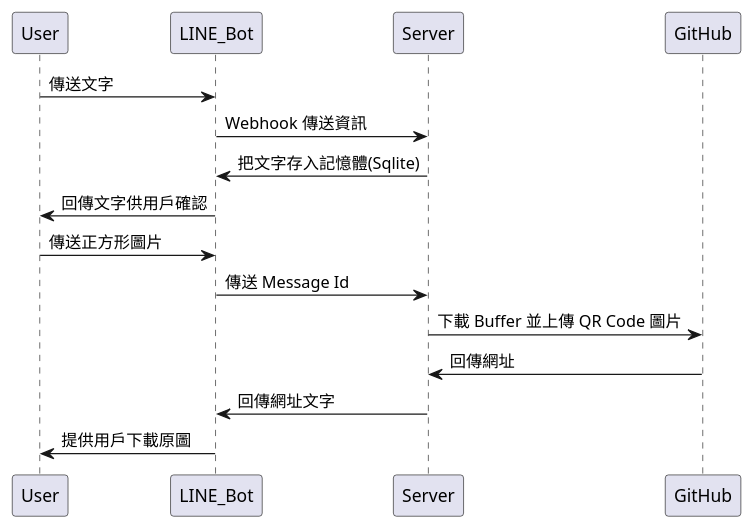
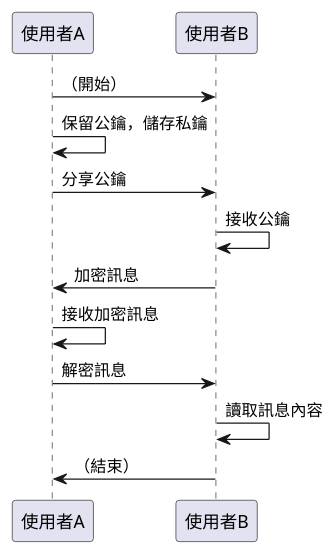
Before and after one commit to louis70109/louis70109.github.io: the diagram in source/diagrams/src/diagrams.wsd, drawn with PlantUML. The commit also changed 1 other file, not shown here.

```diff
--- a/source/diagrams/src/diagrams.wsd
+++ b/source/diagrams/src/diagrams.wsd
@@ -1,13 +1,11 @@
 @startuml
-User ->LINE_Bot: 傳送文字
-LINE_Bot -> Server: Webhook 傳送資訊
-Server -> LINE_Bot: 把文字存入記憶體(Sqlite)
-LINE_Bot -> User: 回傳文字供用戶確認
-
-User->LINE_Bot: 傳送正方形圖片
-LINE_Bot->Server:傳送 Message Id
-Server->GitHub: 下載 Buffer 並上傳 QR Code 圖片
-GitHub->Server: 回傳網址
-Server->LINE_Bot: 回傳網址文字
-LINE_Bot->User: 提供用戶下載原圖
+使用者A -> 使用者B: （開始）
+使用者A -> 使用者A: 保留公鑰，儲存私鑰
+使用者A -> 使用者B: 分享公鑰
+使用者B -> 使用者B: 接收公鑰
+使用者B -> 使用者A: 加密訊息
+使用者A -> 使用者A: 接收加密訊息
+使用者A -> 使用者B: 解密訊息
+使用者B -> 使用者B: 讀取訊息內容
+使用者B -> 使用者A: （結束）
 @enduml
```
